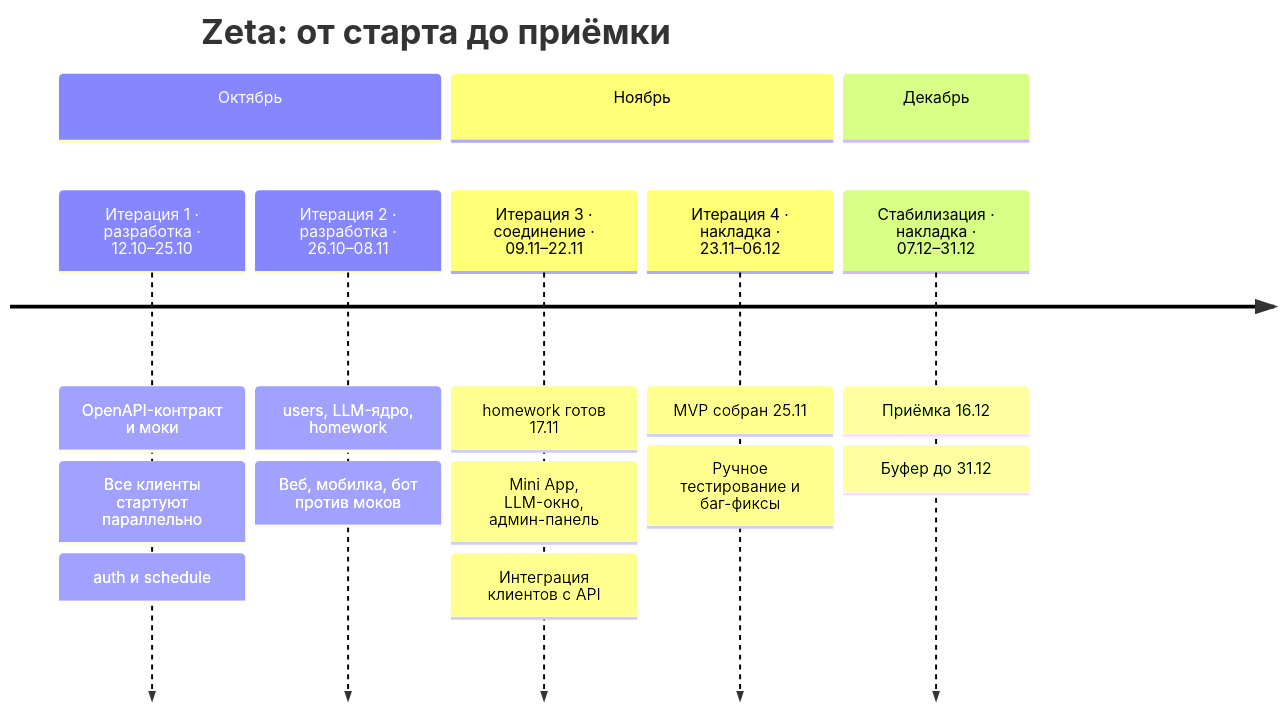
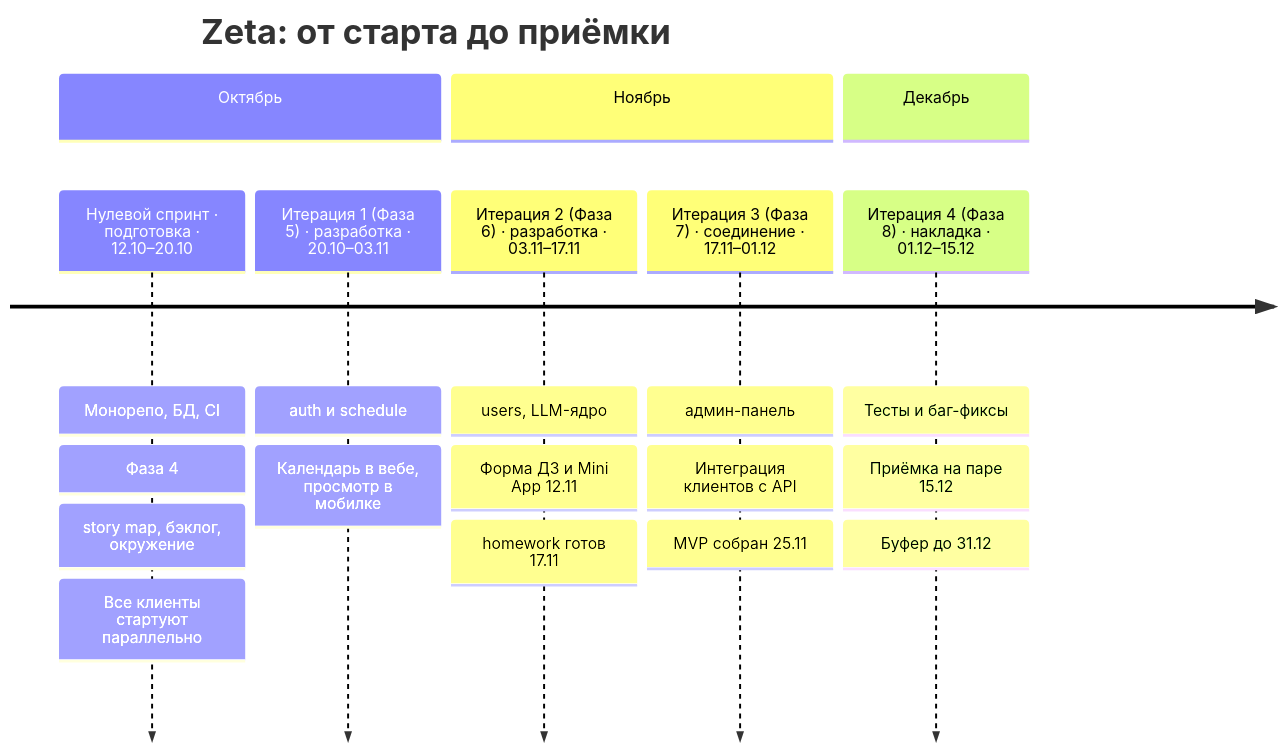
One commit to Ivansups/Zeta changed the first of 4 diagrams in docs/Roadmap.md. Above: the diagram before and after it, drawn with Mermaid. The commit also changed other lines of this file and 2 other files, not shown here.

First line of the commit message:
docs: бэклог продукта и сдвиг границ итераций к парам

````diff
--- a/docs/Roadmap.md
+++ b/docs/Roadmap.md
@@ -14,12 +14,12 @@
 ```mermaid
 timeline
     title Zeta: от старта до приёмки
     section Октябрь
-        Итерация 1 · разработка · 12.10–25.10 : OpenAPI-контракт и моки : Все клиенты стартуют параллельно : auth и schedule
-        Итерация 2 · разработка · 26.10–08.11 : users, LLM-ядро, homework : Веб, мобилка, бот против моков
+        Нулевой спринт · подготовка · 12.10–20.10 : Монорепо, БД, CI : Фаза 4: story map, бэклог, окружение : Все клиенты стартуют параллельно
+        Итерация 1 (Фаза 5) · разработка · 20.10–03.11 : auth и schedule : Календарь в вебе, просмотр в мобилке
     section Ноябрь
-        Итерация 3 · соединение · 09.11–22.11 : homework готов 17.11 : Mini App, LLM-окно, админ-панель : Интеграция клиентов с API
-        Итерация 4 · накладка · 23.11–06.12 : MVP собран 25.11 : Ручное тестирование и баг-фиксы
+        Итерация 2 (Фаза 6) · разработка · 03.11–17.11 : users, LLM-ядро : Форма ДЗ и Mini App 12.11 : homework готов 17.11
+        Итерация 3 (Фаза 7) · соединение · 17.11–01.12 : админ-панель : Интеграция клиентов с API : MVP собран 25.11
     section Декабрь
-        Стабилизация · накладка · 07.12–31.12 : Приёмка 16.12 : Буфер до 31.12
+        Итерация 4 (Фаза 8) · накладка · 01.12–15.12 : Тесты и баг-фиксы : Приёмка на паре 15.12 : Буфер до 31.12
 ```
````
